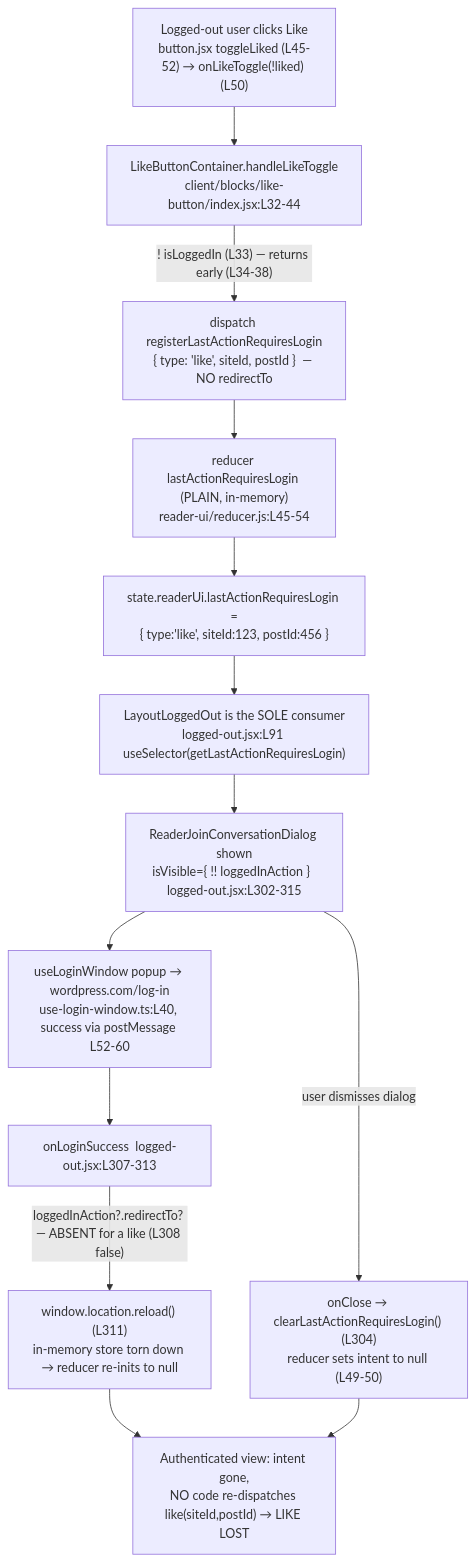
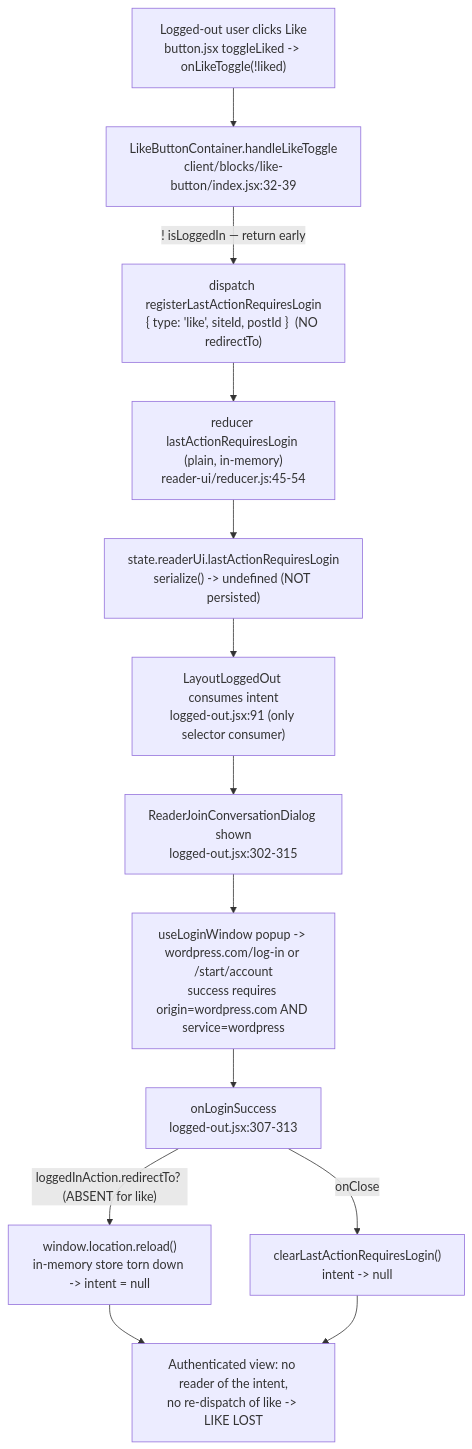
The diagram in blitzy/documentation/wp-calypso_be7e5cc64162.md (blitzy-research/wp-calypso), drawn with Mermaid before and after one commit. The commit also changed other lines of this file, not shown here.

First line of the commit message:
docs(reader): address code review with canonical runtime evidence for logged-out like intent Q&A

````diff
--- a/blitzy/documentation/wp-calypso_be7e5cc64162.md
+++ b/blitzy/documentation/wp-calypso_be7e5cc64162.md
@@ -439,15 +1024,15 @@
 ```mermaid
 flowchart TD
-    A["Logged-out user clicks Like<br/>button.jsx toggleLiked (L45-52) → onLikeToggle(!liked) (L50)"] --> B["LikeButtonContainer.handleLikeToggle<br/>client/blocks/like-button/index.jsx:L32-44"]
-    B -->|"! isLoggedIn (L33) — returns early (L34-38)"| C["dispatch registerLastActionRequiresLogin<br/>{ type: 'like', siteId, postId }  — NO redirectTo"]
-    C --> D["reducer lastActionRequiresLogin (PLAIN, in-memory)<br/>reader-ui/reducer.js:L45-54"]
-    D --> E["state.readerUi.lastActionRequiresLogin =<br/>{ type:'like', siteId:123, postId:456 }"]
-    E --> F["LayoutLoggedOut is the SOLE consumer<br/>logged-out.jsx:L91 useSelector(getLastActionRequiresLogin)"]
-    F --> G["ReaderJoinConversationDialog shown<br/>isVisible={ !! loggedInAction }  logged-out.jsx:L302-315"]
-    G --> H["useLoginWindow popup → wordpress.com/log-in<br/>use-login-window.ts:L40, success via postMessage L52-60"]
-    H --> I["onLoginSuccess  logged-out.jsx:L307-313"]
-    I -->|"loggedInAction?.redirectTo? — ABSENT for a like (L308 false)"| J["window.location.reload() (L311)<br/>in-memory store torn down → reducer re-inits to null"]
-    G -->|"user dismisses dialog"| K["onClose → clearLastActionRequiresLogin() (L304)<br/>reducer sets intent to null (L49-50)"]
-    J --> L["Authenticated view: intent gone,<br/>NO code re-dispatches like(siteId,postId) → LIKE LOST"]
+    A["Logged-out user clicks Like<br/>button.jsx toggleLiked -> onLikeToggle(!liked)"] --> B["LikeButtonContainer.handleLikeToggle<br/>client/blocks/like-button/index.jsx:32-39"]
+    B -->|"! isLoggedIn — return early"| C["dispatch registerLastActionRequiresLogin<br/>{ type: 'like', siteId, postId }  (NO redirectTo)"]
+    C --> D["reducer lastActionRequiresLogin (plain, in-memory)<br/>reader-ui/reducer.js:45-54"]
+    D --> E["state.readerUi.lastActionRequiresLogin<br/>serialize() -> undefined (NOT persisted)"]
+    E --> F["LayoutLoggedOut consumes intent<br/>logged-out.jsx:91 (only selector consumer)"]
+    F --> G["ReaderJoinConversationDialog shown<br/>logged-out.jsx:302-315"]
+    G --> H["useLoginWindow popup -> wordpress.com/log-in or /start/account<br/>success requires origin=wordpress.com AND service=wordpress"]
+    H --> I["onLoginSuccess<br/>logged-out.jsx:307-313"]
+    I -->|"loggedInAction.redirectTo? (ABSENT for like)"| J["window.location.reload()<br/>in-memory store torn down -> intent = null"]
+    I -->|"onClose"| K["clearLastActionRequiresLogin()<br/>intent -> null"]
+    J --> L["Authenticated view: no reader of the intent,<br/>no re-dispatch of like -> LIKE LOST"]
     K --> L
 ```
````
